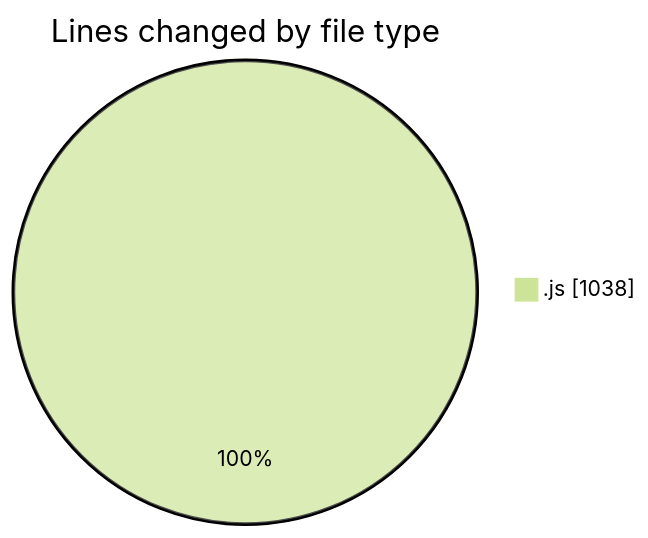
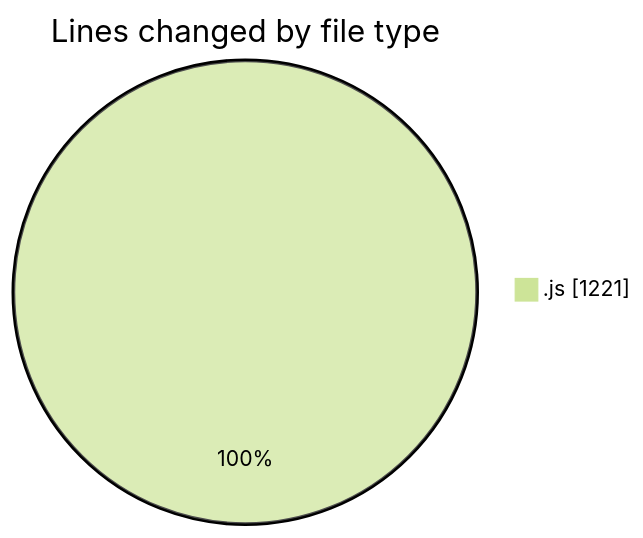
Before and after one commit to Ritupan-Deka/code-tracking: the first of 2 diagrams in 2025-07-29/javascript/README.md, drawn with Mermaid (forest theme). The commit also changed other lines of this file and 1 other file, not shown here.

````diff
--- a/2025-07-29/javascript/README.md
+++ b/2025-07-29/javascript/README.md
@@ -21,5 +21,5 @@
 ```mermaid
 pie showData
 title Lines changed by file type
-".js" : 1038
+".js" : 1221
 ```
````
